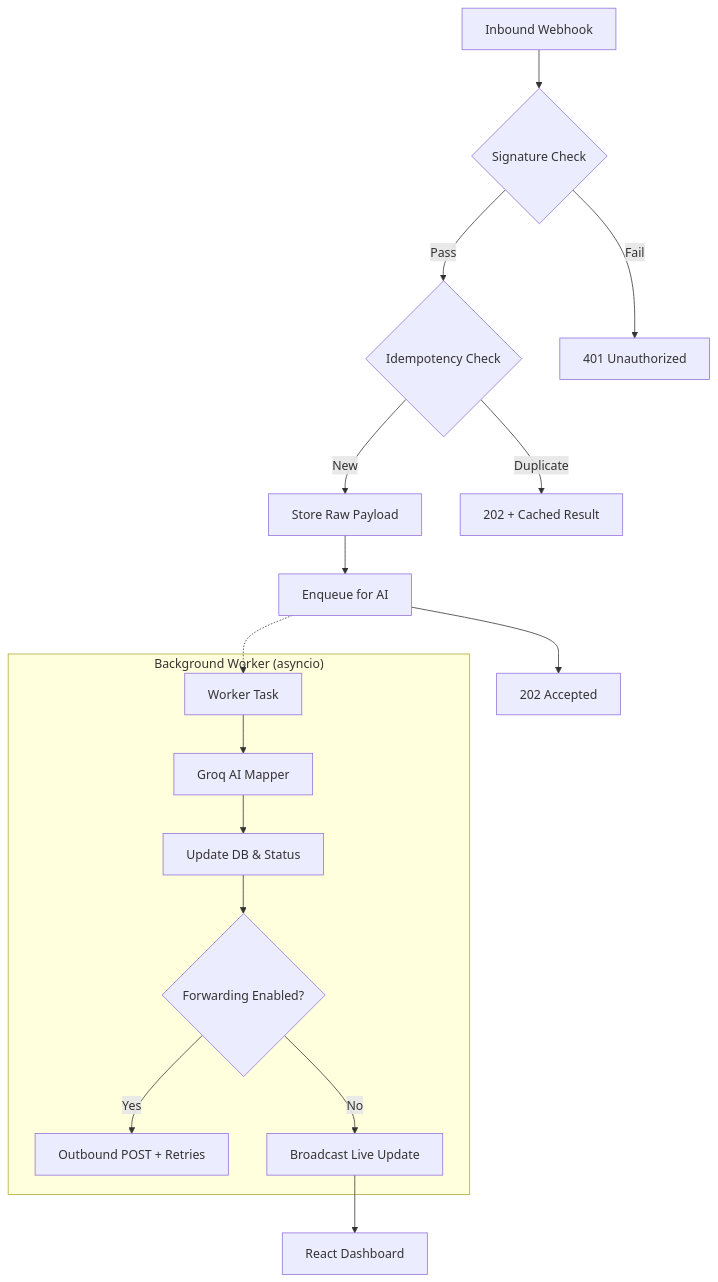
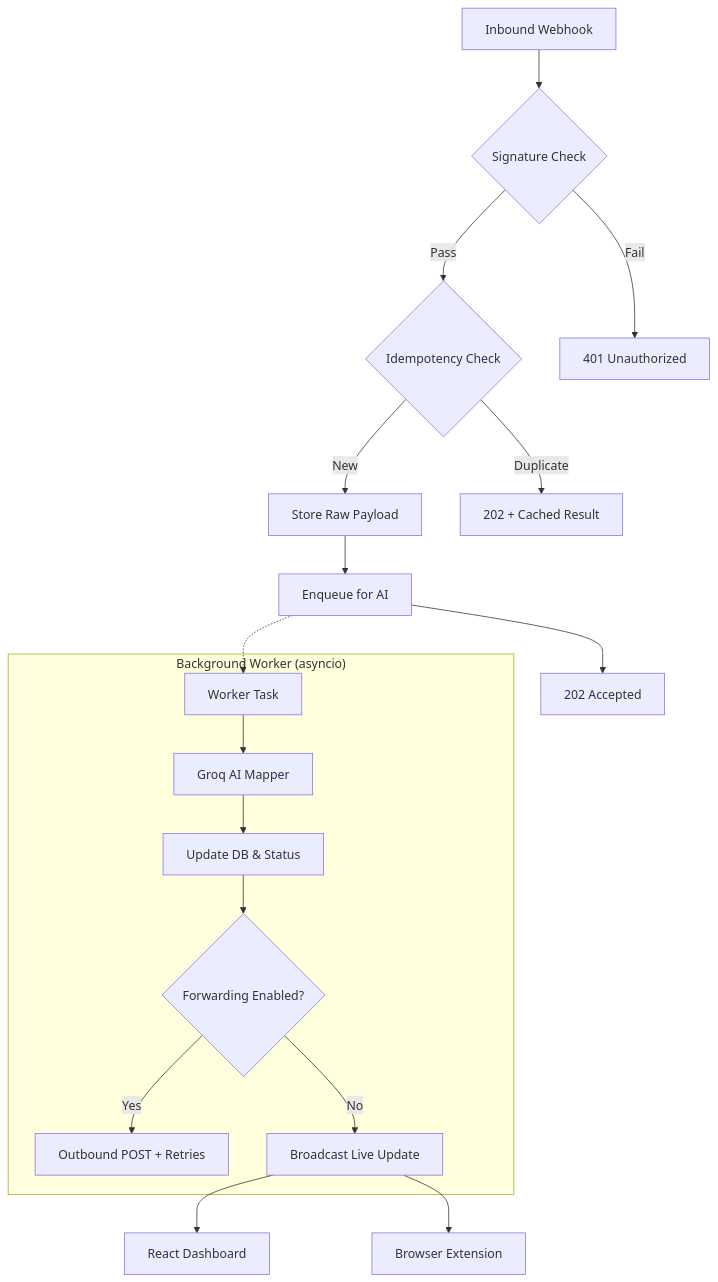
One commit to Cheezu-hub/universal-webhooks changed the diagram in README.md. Above: the diagram before and after it, drawn with Mermaid. The commit also changed other lines of this file, not shown here.

````diff
--- a/README.md
+++ b/README.md
@@ -29,21 +55,22 @@
 ```mermaid
 graph TD
     A[Inbound Webhook] --> B{Signature Check}
     B -- Pass --> C{Idempotency Check}
     B -- Fail --> D[401 Unauthorized]
     C -- New --> E[Store Raw Payload]
     C -- Duplicate --> F[202 + Cached Result]
     E --> G[Enqueue for AI]
     G --> H[202 Accepted]
     
     subgraph "Background Worker (asyncio)"
         I[Worker Task] --> J[Groq AI Mapper]
         J --> K[Update DB & Status]
         K --> L{Forwarding Enabled?}
         L -- Yes --> M[Outbound POST + Retries]
         L -- No --> N[Broadcast Live Update]
     end
     
     G -.-> I
     N --> O[React Dashboard]
+    N --> P[Browser Extension]
 ```
````
